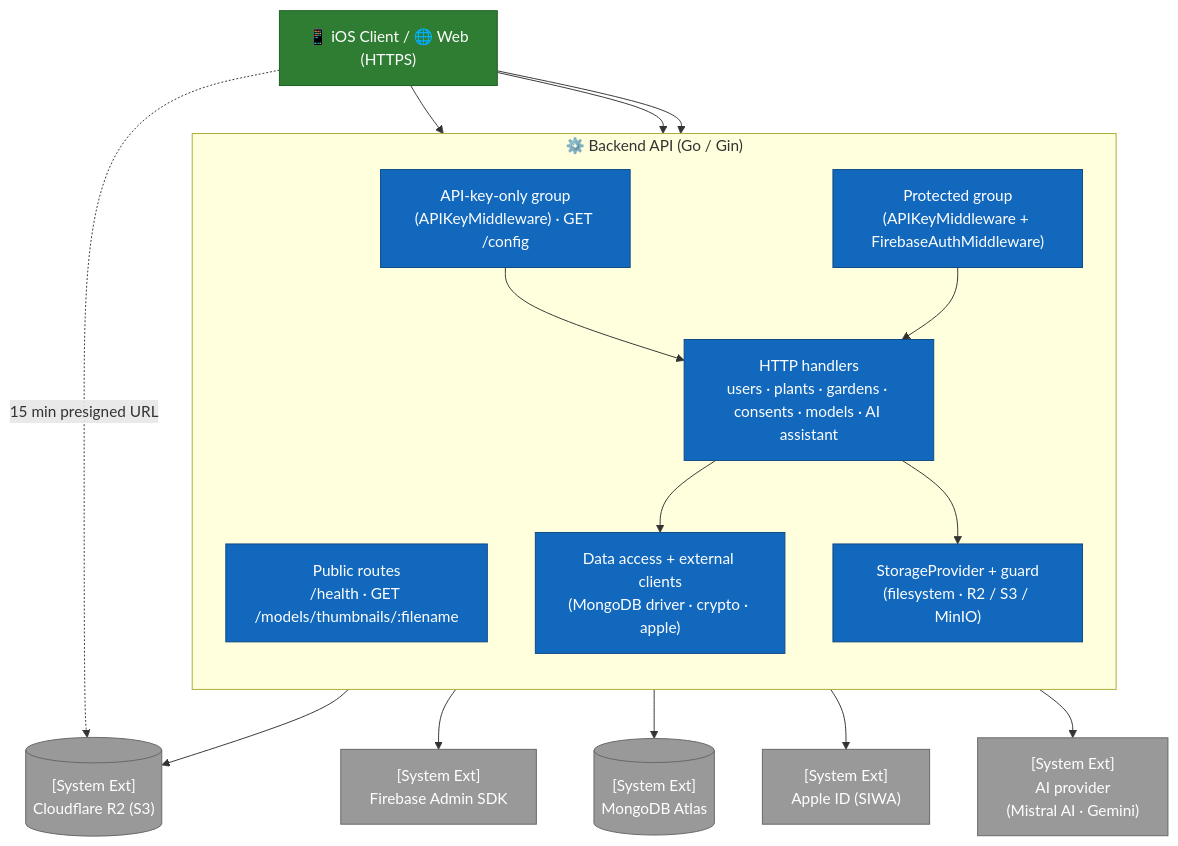
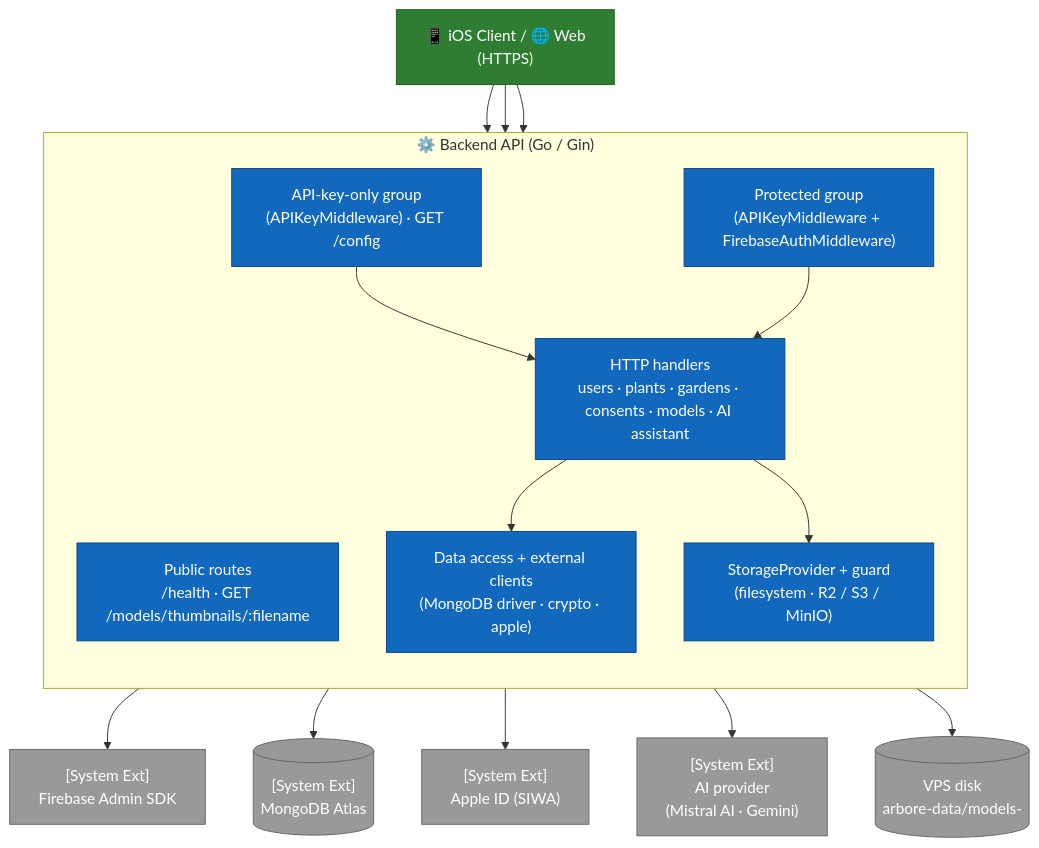
One commit to ArboreTeam/Arbore changed the diagram in docs/en/architecture/03-components-backend.md. Above: the diagram before and after it, drawn with Mermaid. The commit also changed other lines of this file and 7 other files, not shown here.

````diff
--- a/docs/en/architecture/03-components-backend.md
+++ b/docs/en/architecture/03-components-backend.md
@@ -16,42 +16,41 @@
 ```mermaid
 flowchart TB
     client["📱 iOS Client / 🌐 Web<br/>(HTTPS)"]
 
     subgraph backend["⚙️ Backend API (Go / Gin)"]
         direction TB
         public["Public routes<br/>/health · GET /models/thumbnails/:filename"]
         apikey["API-key-only group<br/>(APIKeyMiddleware) · GET /config"]
         protected["Protected group<br/>(APIKeyMiddleware + FirebaseAuthMiddleware)"]
         handlers["HTTP handlers<br/>users · plants · gardens · consents · models · AI assistant"]
         access["Data access + external clients<br/>(MongoDB driver · crypto · apple)"]
         storage["StorageProvider + guard<br/>(filesystem · R2 / S3 / MinIO)"]
 
         apikey --> handlers
         protected --> handlers
         handlers --> access
         handlers --> storage
     end
 
     mongo[("[System Ext]<br/>MongoDB Atlas")]
     firebase_admin["[System Ext]<br/>Firebase Admin SDK"]
     apple["[System Ext]<br/>Apple ID (SIWA)"]
     gemini["[System Ext]<br/>AI provider<br/>(Mistral AI · Gemini)"]
-    storage_ext[("[System Ext]<br/>Cloudflare R2 (S3)")]
+    storage_ext[("VPS disk<br/>arbore-data/models-<env>")]
 
     client --> public
     client --> apikey
     client --> protected
     protected --> firebase_admin
     access --> mongo
     access --> apple
     handlers --> gemini
     storage --> storage_ext
-    client -. "15 min presigned URL" .-> storage_ext
 
     classDef ext   fill:#999,stroke:#666,color:#fff
     classDef layer fill:#1168BD,stroke:#0B4884,color:#fff
     classDef cont  fill:#2E7D32,stroke:#1B5E20,color:#fff
     class public,apikey,protected,handlers,access,storage layer
     class client cont
     class mongo,firebase_admin,apple,gemini,storage_ext ext
 ```
````
